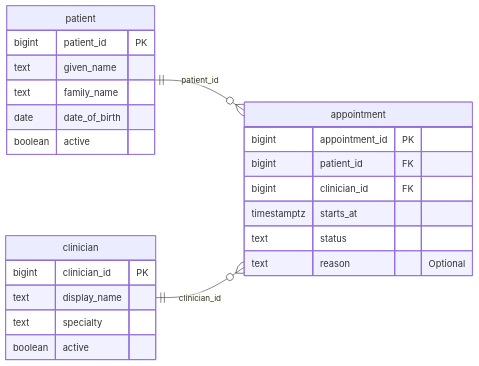
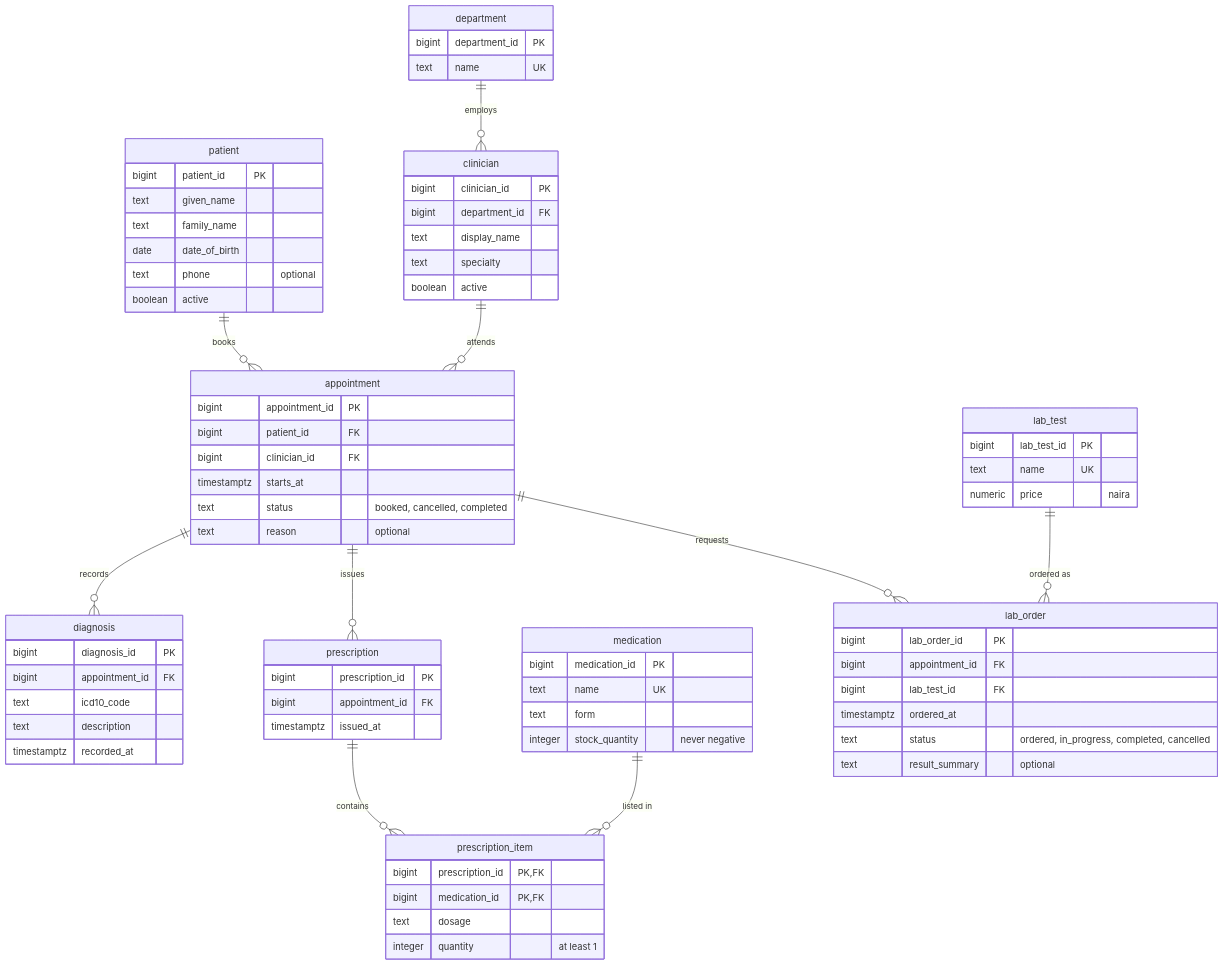
One commit to da-craftsman/Asogwa_Chidubem_301928798 changed the diagram in portfolio-1-database-design/Asogwa_Chidubem_301928798_P1_ERDiagram.md. Above: the diagram before and after it, drawn with Mermaid. The commit also changed other lines of this file and 7 other files, not shown here.

Commit message:
Update  Portfolio 1 docs for The Craftsmen Clinic: design, ERD, normalisation

````diff
--- a/portfolio-1-database-design/Asogwa_Chidubem_301928798_P1_ERDiagram.md
+++ b/portfolio-1-database-design/Asogwa_Chidubem_301928798_P1_ERDiagram.md
@@ -3,27 +3,77 @@
 ```mermaid
 erDiagram
-    direction LR
+    department ||--o{ clinician : employs
+    patient ||--o{ appointment : books
+    clinician ||--o{ appointment : attends
+    appointment ||--o{ diagnosis : records
+    appointment ||--o{ prescription : issues
+    prescription ||--o{ prescription_item : contains
+    medication ||--o{ prescription_item : "listed in"
+    appointment ||--o{ lab_order : requests
+    lab_test ||--o{ lab_order : "ordered as"
+
+    department {
+        bigint department_id PK
+        text name UK
+    }
     patient {
         bigint patient_id PK
         text given_name
         text family_name
         date date_of_birth
+        text phone "optional"
         boolean active
     }
     clinician {
         bigint clinician_id PK
+        bigint department_id FK
         text display_name
         text specialty
         boolean active
     }
     appointment {
         bigint appointment_id PK
         bigint patient_id FK
         bigint clinician_id FK
         timestamptz starts_at
-        text status
-        text reason "Optional"
+        text status "booked, cancelled, completed"
+        text reason "optional"
     }
-    patient ||--o{ appointment : "patient_id"
-    clinician ||--o{ appointment : "clinician_id"
+    diagnosis {
+        bigint diagnosis_id PK
+        bigint appointment_id FK
+        text icd10_code
+        text description
+        timestamptz recorded_at
+    }
+    medication {
+        bigint medication_id PK
+        text name UK
+        text form
+        integer stock_quantity "never negative"
+    }
+    prescription {
+        bigint prescription_id PK
+        bigint appointment_id FK
+        timestamptz issued_at
+    }
+    prescription_item {
+        bigint prescription_id PK, FK
+        bigint medication_id PK, FK
+        text dosage
+        integer quantity "at least 1"
+    }
+    lab_test {
+        bigint lab_test_id PK
+        text name UK
+        numeric price "naira"
+    }
+    lab_order {
+        bigint lab_order_id PK
+        bigint appointment_id FK
+        bigint lab_test_id FK
+        timestamptz ordered_at
+        text status "ordered, in_progress, completed, cancelled"
+        text result_summary "optional"
+    }
 ```
````
